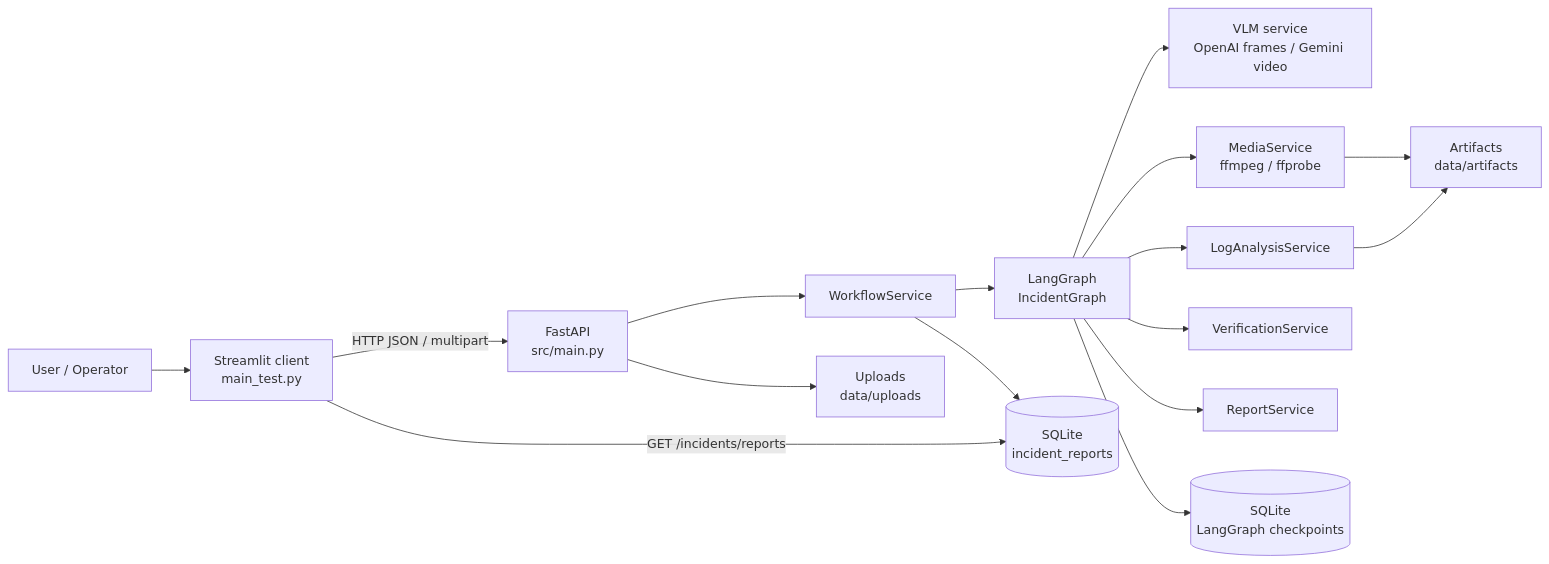
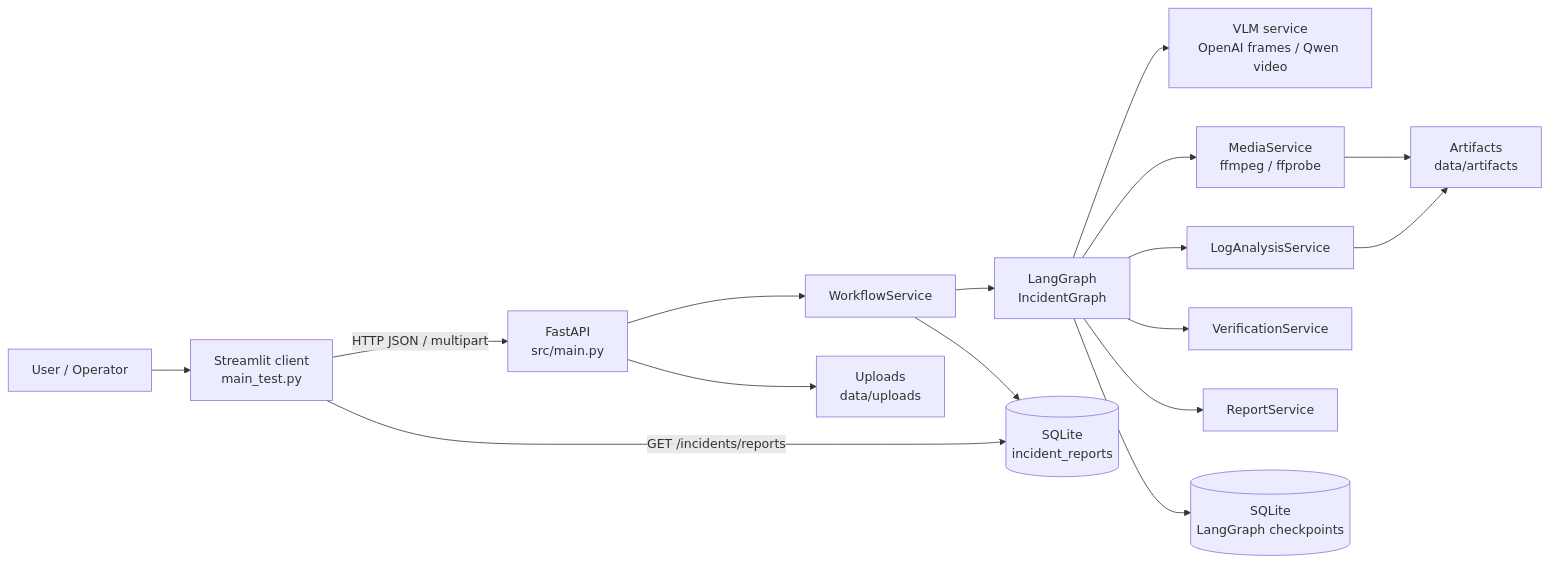
One commit to huylc12343/incident-lens changed the first of 2 diagrams in docs/agent_backend/README.md. Above: the diagram before and after it, drawn with Mermaid. The commit also changed other lines of this file and 54 other files, not shown here.

````diff
--- a/docs/agent_backend/README.md
+++ b/docs/agent_backend/README.md
@@ -52,33 +52,33 @@
 ```mermaid
 flowchart LR
     U[User / Operator]
     UI[Streamlit client\nmain_test.py]
     API[FastAPI\nsrc/main.py]
     WF[WorkflowService]
     GRAPH[LangGraph\nIncidentGraph]
-    VLM[VLM service\nOpenAI frames / Gemini video]
+    VLM[VLM service\nOpenAI frames / Qwen video]
     MEDIA[MediaService\nffmpeg / ffprobe]
     LOG[LogAnalysisService]
     VERIFY[VerificationService]
     REPORT[ReportService]
     CHECK[(SQLite\nLangGraph checkpoints)]
     REPO[(SQLite\nincident_reports)]
     ART[Artifacts\ndata/artifacts]
     UPLOADS[Uploads\ndata/uploads]
 
     U --> UI
     UI -->|HTTP JSON / multipart| API
     API --> WF
     API --> UPLOADS
     WF --> GRAPH
     GRAPH --> VLM
     GRAPH --> MEDIA
     GRAPH --> LOG
     GRAPH --> VERIFY
     GRAPH --> REPORT
     GRAPH --> CHECK
     WF --> REPO
     MEDIA --> ART
     LOG --> ART
     UI -->|GET /incidents/reports| REPO
 ```
````
